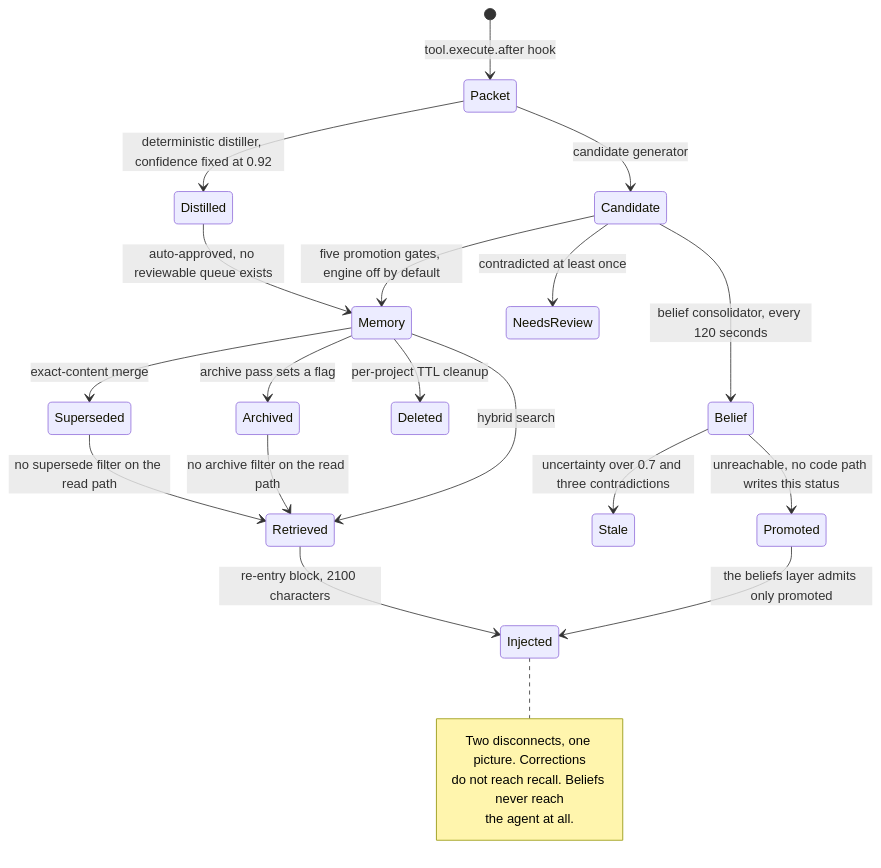
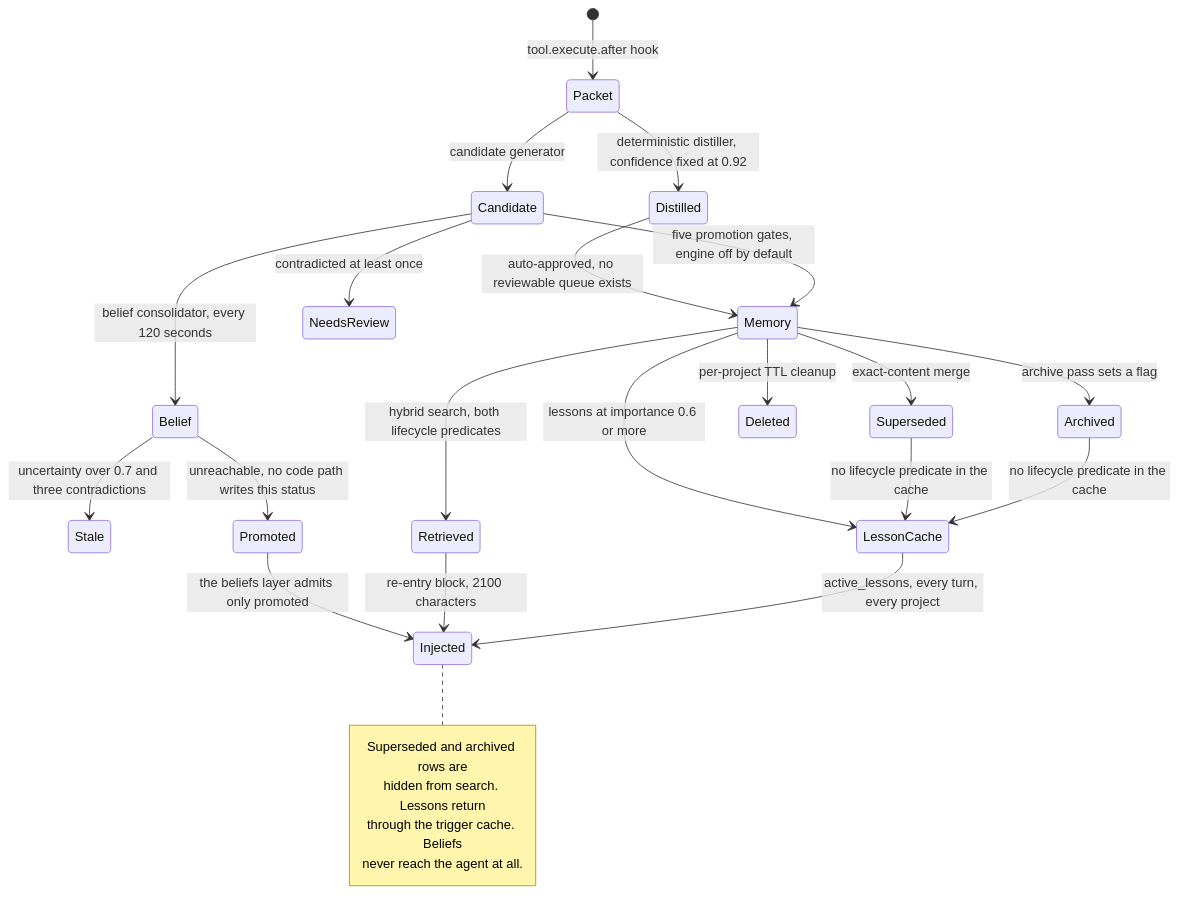
One commit to neoneye/agent-memory-atlas changed the diagram in content/systems/csm.md. Above: the diagram before and after it, drawn with Mermaid. The commit also changed other lines of this file and 681 other files, not shown here.

````diff
--- a/content/systems/csm.md
+++ b/content/systems/csm.md
@@ -227,26 +249,29 @@
 ```mermaid
-%% caption: two disconnects in one lifecycle: supersession and archival set fields no read path filters on, and the promoted status the beliefs layer requires has no code path that writes it
+%% caption: corrections reach every read path but the lesson-trigger cache, and the promoted status the beliefs layer requires has no code path that writes it
 stateDiagram-v2
     [*] --> Packet: tool.execute.after hook
     Packet --> Distilled: deterministic distiller, confidence fixed at 0.92
     Distilled --> Memory: auto-approved, no reviewable queue exists
     Packet --> Candidate: candidate generator
     Candidate --> Memory: five promotion gates, engine off by default
     Candidate --> NeedsReview: contradicted at least once
     Candidate --> Belief: belief consolidator, every 120 seconds
     Belief --> Stale: uncertainty over 0.7 and three contradictions
     Belief --> Promoted: unreachable, no code path writes this status
     Promoted --> Injected: the beliefs layer admits only promoted
     Memory --> Superseded: exact-content merge
     Memory --> Archived: archive pass sets a flag
     Memory --> Deleted: per-project TTL cleanup
-    Memory --> Retrieved: hybrid search
-    Superseded --> Retrieved: no supersede filter on the read path
-    Archived --> Retrieved: no archive filter on the read path
+    Memory --> Retrieved: hybrid search, both lifecycle predicates
     Retrieved --> Injected: re-entry block, 2100 characters
+    Memory --> LessonCache: lessons at importance 0.6 or more
+    Superseded --> LessonCache: no lifecycle predicate in the cache
+    Archived --> LessonCache: no lifecycle predicate in the cache
+    LessonCache --> Injected: active_lessons, every turn, every project
     note right of Injected
-        Two disconnects, one picture. Corrections
-        do not reach recall. Beliefs never reach
-        the agent at all.
+        Superseded and archived rows are
+        hidden from search. Lessons return
+        through the trigger cache. Beliefs
+        never reach the agent at all.
     end note
 ```
````
